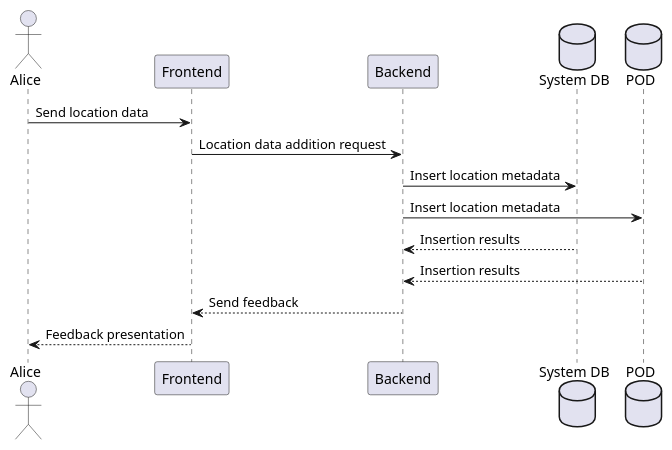
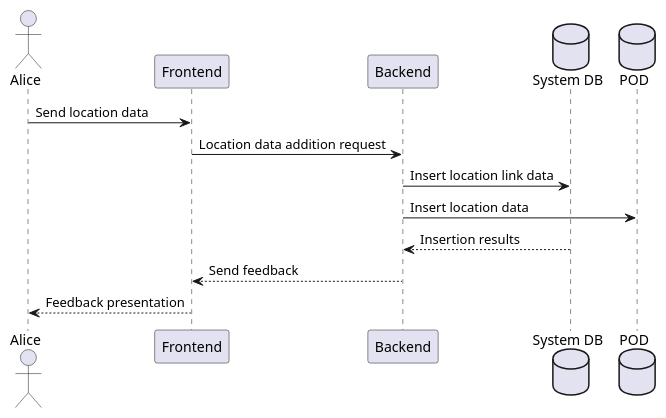
One commit to Arquisoft/lomap_en1a changed the second of 4 diagrams in docs/06_runtime_view.adoc. Above: the diagram before and after it, drawn with PlantUML. The commit also changed 1 other file, not shown here.

Commit message:
HotFix for Sections 2, 6 of the Documentation.

```diff
--- a/docs/06_runtime_view.adoc
+++ b/docs/06_runtime_view.adoc
@@ -32,20 +32,20 @@
 [plantuml,"Add location scenario",svg]
 ----
 @startuml
 actor User as "Alice"
 participant Frontend
 participant Backend
 database DB as "System DB"
 database POD
 
 User-> Frontend: Send location data
 Frontend-> Backend: Location data addition request
-Backend-> DB: Insert location metadata
-Backend-> POD: Insert location metadata
+Backend-> DB: Insert location link data
+Backend-> POD: Insert location data
 
 DB --> Backend: Insertion results
-POD --> Backend: Insertion results
+' POD --> Backend: Insertion results
 Backend--> Frontend: Send feedback
 Frontend--> User: Feedback presentation
 @enduml
 ----
```
